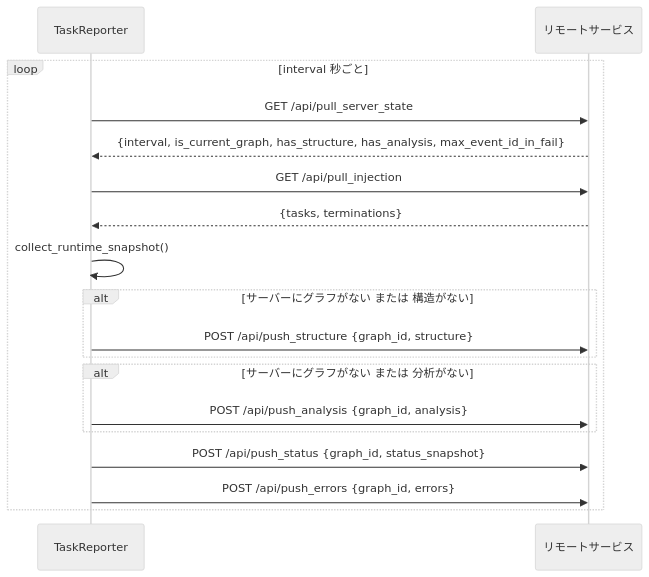
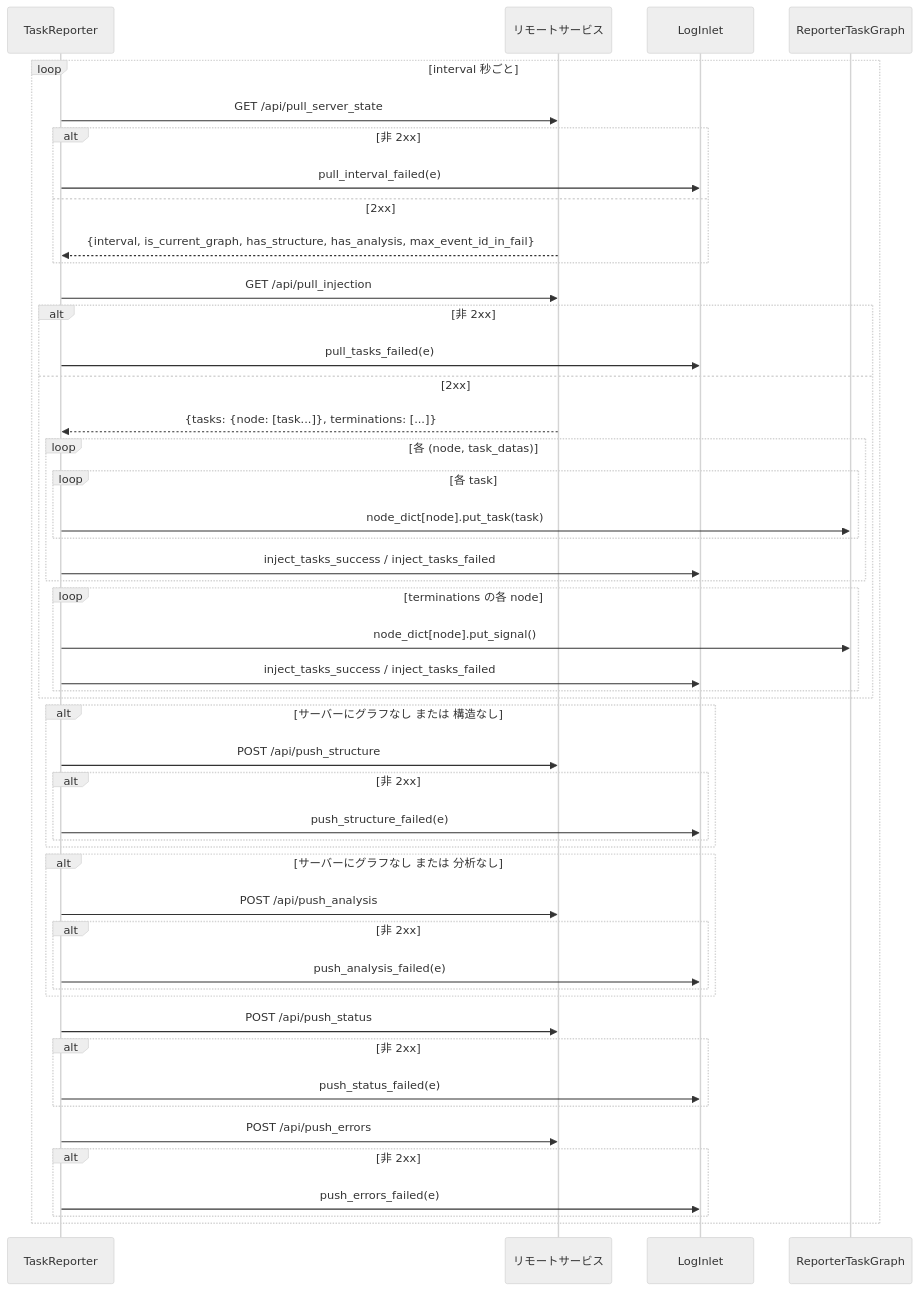
Before and after one commit to Mr-xiaotian/CelestialFlow: the second of 2 diagrams in docs/ja/src/observability/core_report.md, drawn with Mermaid (neutral theme). The commit also changed other lines of this file and 181 other files, not shown here.

````diff
--- a/docs/ja/src/observability/core_report.md
+++ b/docs/ja/src/observability/core_report.md
@@ -55,25 +312,55 @@
 ```mermaid
 sequenceDiagram
     participant R as TaskReporter
     participant S as リモートサービス
+    participant L as LogInlet
+    participant G as ReporterTaskGraph
 
     loop interval 秒ごと
         R->>S: GET /api/pull_server_state
-        S-->>R: {interval, is_current_graph, has_structure, has_analysis, max_event_id_in_fail}
+        alt 非 2xx
+            R->>L: pull_interval_failed(e)
+        else 2xx
+            S-->>R: {interval, is_current_graph, has_structure, has_analysis, max_event_id_in_fail}
+        end
 
         R->>S: GET /api/pull_injection
-        S-->>R: {tasks, terminations}
-
-        R->>R: collect_runtime_snapshot()
-
-        alt サーバーにグラフがない または 構造がない
-            R->>S: POST /api/push_structure {graph_id, structure}
-        end
-        alt サーバーにグラフがない または 分析がない
-            R->>S: POST /api/push_analysis {graph_id, analysis}
+        alt 非 2xx
+            R->>L: pull_tasks_failed(e)
+        else 2xx
+            S-->>R: {tasks: {node: [task...]}, terminations: [...]}
+            loop 各 (node, task_datas)
+                loop 各 task
+                    R->>G: node_dict[node].put_task(task)
+                end
+                R->>L: inject_tasks_success / inject_tasks_failed
+            end
+            loop terminations の各 node
+                R->>G: node_dict[node].put_signal()
+                R->>L: inject_tasks_success / inject_tasks_failed
+            end
         end
 
-        R->>S: POST /api/push_status {graph_id, status_snapshot}
-        R->>S: POST /api/push_errors {graph_id, errors}
+        alt サーバーにグラフなし または 構造なし
+            R->>S: POST /api/push_structure
+            alt 非 2xx
+                R->>L: push_structure_failed(e)
+            end
+        end
+        alt サーバーにグラフなし または 分析なし
+            R->>S: POST /api/push_analysis
+            alt 非 2xx
+                R->>L: push_analysis_failed(e)
+            end
+        end
+
+        R->>S: POST /api/push_status
+        alt 非 2xx
+            R->>L: push_status_failed(e)
+        end
+        R->>S: POST /api/push_errors
+        alt 非 2xx
+            R->>L: push_errors_failed(e)
+        end
     end
 ```
````
